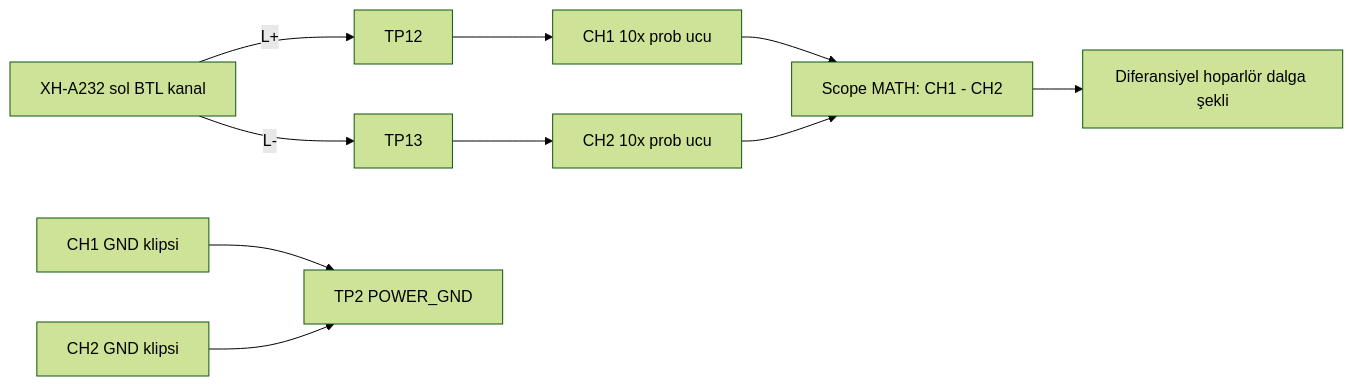
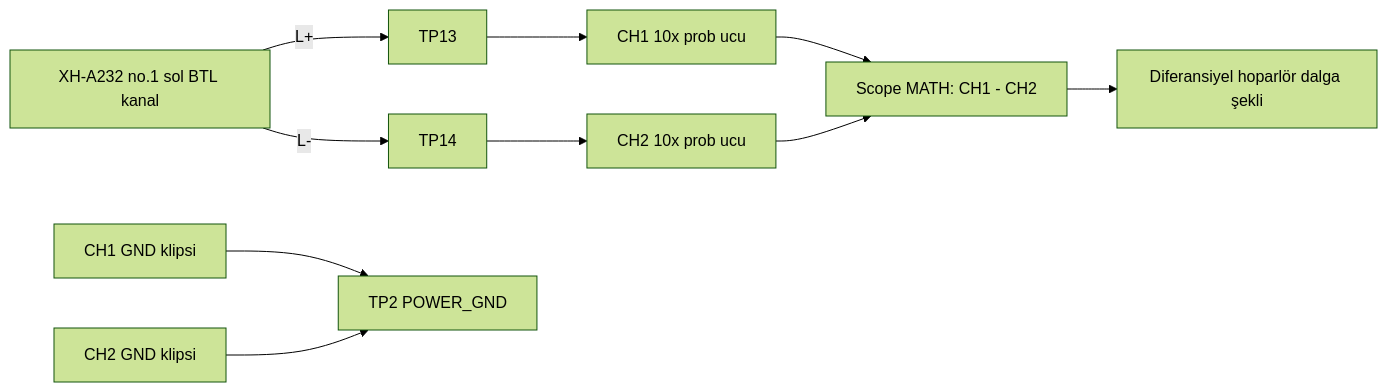
Before and after one commit to ktahatastan/esp32-airplay-speakers: the seventh of 7 diagrams in docs/02-hardware/circuit-and-wiring-plan.md, drawn with Mermaid (forest theme). The commit also changed other lines of this file and 122 other files, not shown here.

````diff
--- a/docs/02-hardware/circuit-and-wiring-plan.md
+++ b/docs/02-hardware/circuit-and-wiring-plan.md
@@ -357,13 +433,13 @@
 ```mermaid
 flowchart LR
-    AMP4[XH-A232 sol BTL kanal]
-    AMP4 -->|L+| TP12[TP12]
-    AMP4 -->|L-| TP13[TP13]
-    TP12 --> P1[CH1 10x prob ucu]
-    TP13 --> P2[CH2 10x prob ucu]
+    AMP4[XH-A232 no.1 sol BTL kanal]
+    AMP4 -->|L+| TP13[TP13]
+    AMP4 -->|L-| TP14[TP14]
+    TP13 --> P1[CH1 10x prob ucu]
+    TP14 --> P2[CH2 10x prob ucu]
     P1 --> MATH[Scope MATH: CH1 - CH2]
     P2 --> MATH
     PG1[CH1 GND klipsi] --> TP2A[TP2 POWER_GND]
     PG2[CH2 GND klipsi] --> TP2A
     MATH --> AUDIO[Diferansiyel hoparlör dalga şekli]
 ```
````
